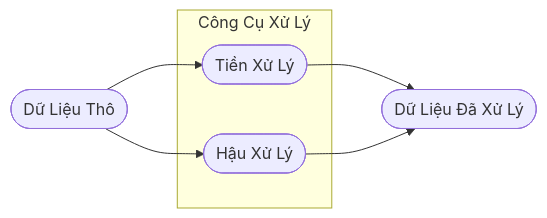
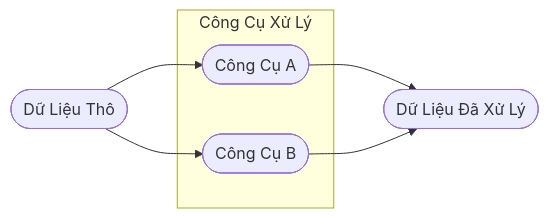
Before and after one commit to sam-uit/citd-IE313: the diagram in README.md, drawn with Mermaid. The commit also changed other lines of this file, not shown here.

````diff
--- a/README.md
+++ b/README.md
@@ -5,12 +5,12 @@
 ```mermaid
 graph LR
 nodea(["Dữ Liệu Thô"])
 nodeb(["Dữ Liệu Đã Xử Lý"])
 
 subgraph "Công Cụ Xử Lý"
- toola(["Tiền Xử Lý"])
- toolb(["Hậu Xử Lý"])
+ toola(["Công Cụ A"])
+ toolb(["Công Cụ B"])
 end
 
 nodea --> toola & toolb --> nodeb
 ```
````
